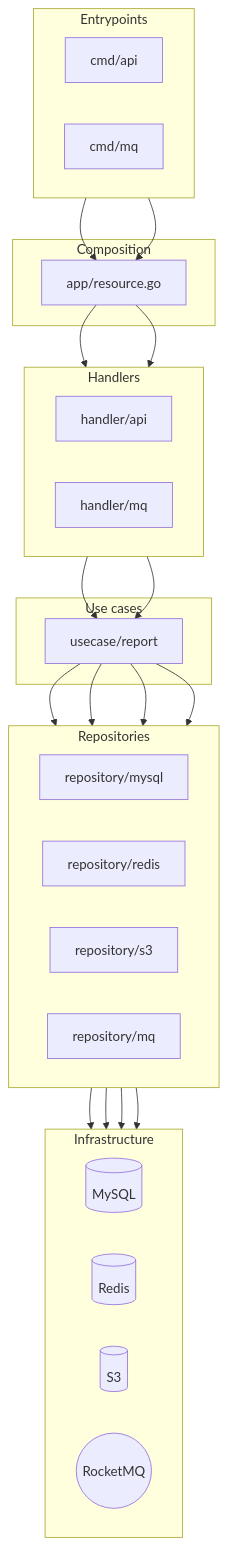
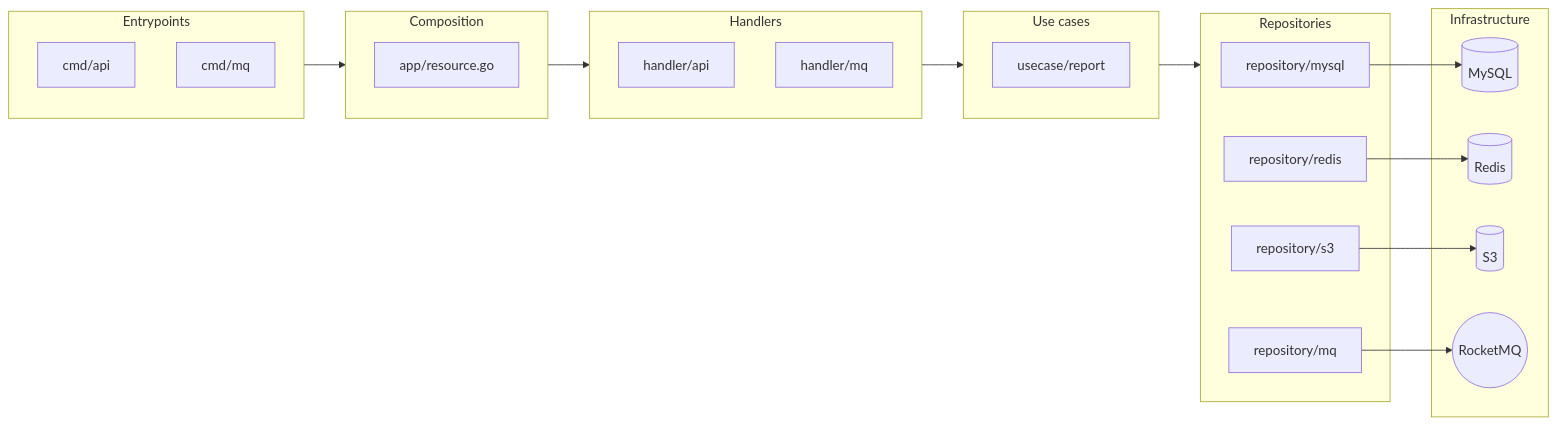
Before and after one commit to fikrimohammad/efficient-report-exporter: the second of 10 diagrams in README.md, drawn with Mermaid. The commit also changed other lines of this file, not shown here.

First line of the commit message:
docs: rewrite README with architecture and pipeline design

````diff
--- a/README.md
+++ b/README.md
@@ -79,54 +189,43 @@
 ```mermaid
-flowchart TB
+flowchart LR
     subgraph entry["Entrypoints"]
-        direction LR
         C1["cmd/api"]
         C2["cmd/mq"]
     end
 
     subgraph composition["Composition"]
         APP["app/resource.go"]
     end
 
     subgraph handlers["Handlers"]
-        direction LR
         H1["handler/api"]
         H2["handler/mq"]
     end
 
     subgraph usecases["Use cases"]
         UC["usecase/report"]
     end
 
     subgraph repos["Repositories"]
-        direction LR
         R1["repository/mysql"]
         R2["repository/redis"]
         R3["repository/s3"]
         R4["repository/mq"]
     end
 
-    C1 --> APP
-    C2 --> APP
-    APP --> H1
-    APP --> H2
-    H1 --> UC
-    H2 --> UC
-    UC --> R1
-    UC --> R2
-    UC --> R3
-    UC --> R4
-
     subgraph infra["Infrastructure"]
-        direction LR
         DB[(MySQL)]
         RD[(Redis)]
         S3[(S3)]
         RMQ(("RocketMQ"))
     end
 
+    entry --> composition
+    composition --> handlers
+    handlers --> usecases
+    usecases --> repos
     R1 --> DB
     R2 --> RD
     R3 --> S3
     R4 --> RMQ
 ```
````
